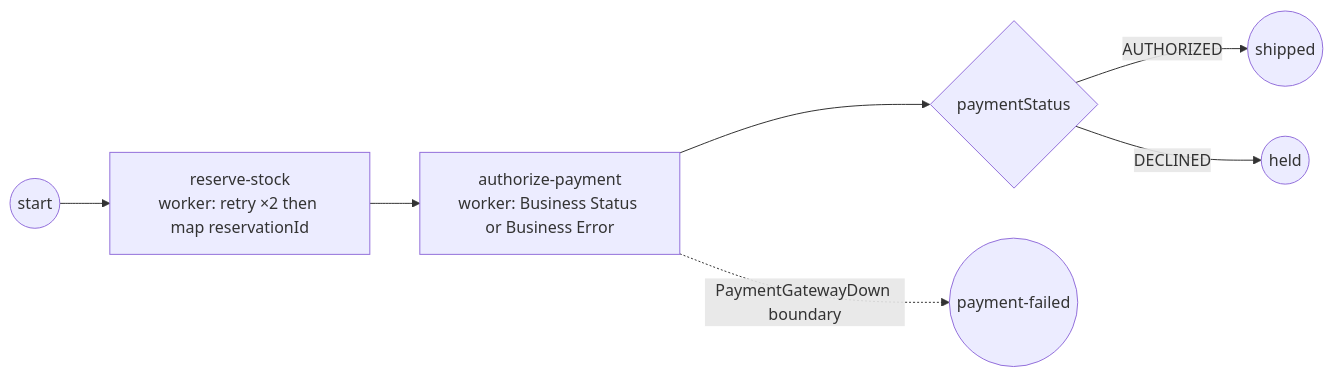
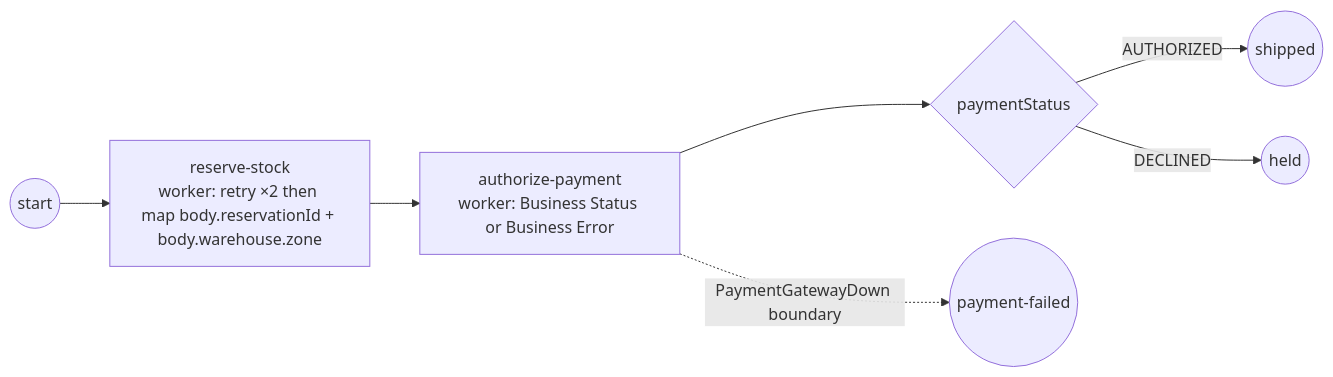
One commit to dr-dobermann/gobpm changed the diagram in examples/service-task-worker/README.md. Above: the diagram before and after it, drawn with Mermaid. The commit also changed other lines of this file and 3 other files, not shown here.

````diff
--- a/examples/service-task-worker/README.md
+++ b/examples/service-task-worker/README.md
@@ -28,9 +28,9 @@
 ```mermaid
 flowchart LR
-    start((start)) --> reserve[reserve-stock<br/>worker: retry ×2 then map reservationId]
+    start((start)) --> reserve[reserve-stock<br/>worker: retry ×2 then map body.reservationId + body.warehouse.zone]
     reserve --> authorize[authorize-payment<br/>worker: Business Status or Business Error]
     authorize --> gw{paymentStatus}
     gw -->|AUTHORIZED| shipped((shipped))
     gw -->|DECLINED| held((held))
     authorize -. PaymentGatewayDown boundary .-> failed((payment-failed))
 ```
````
